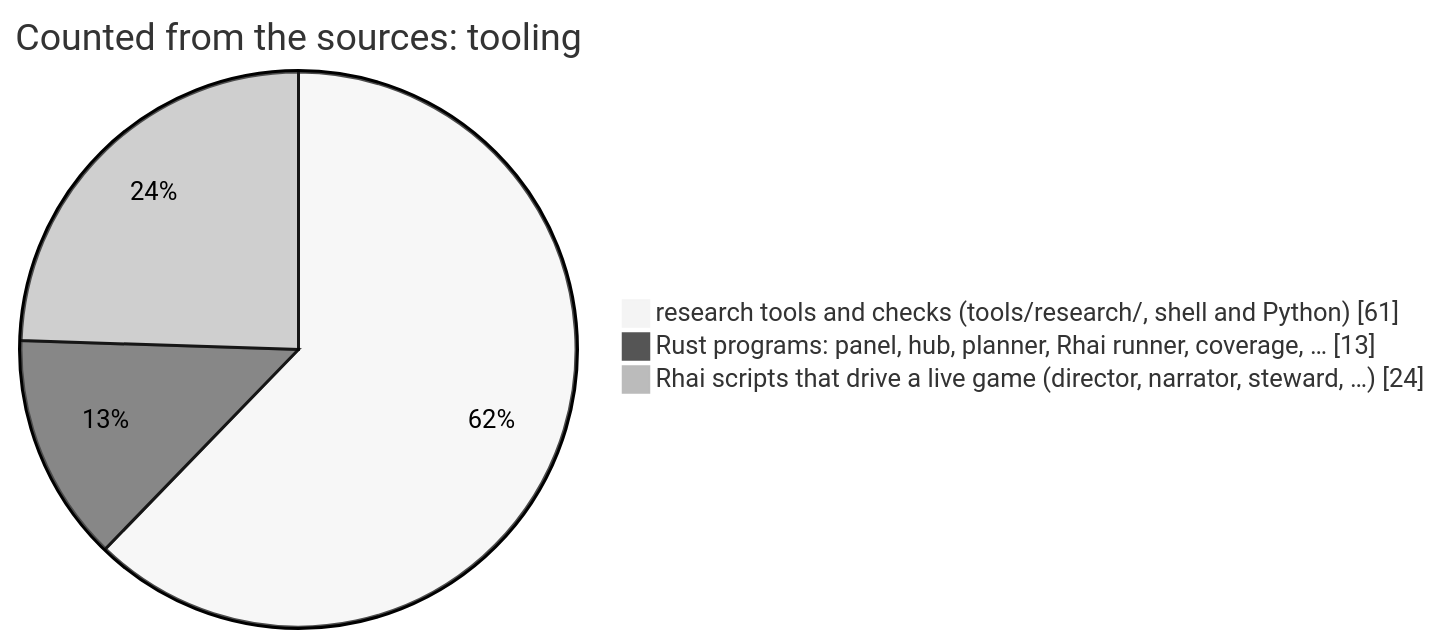
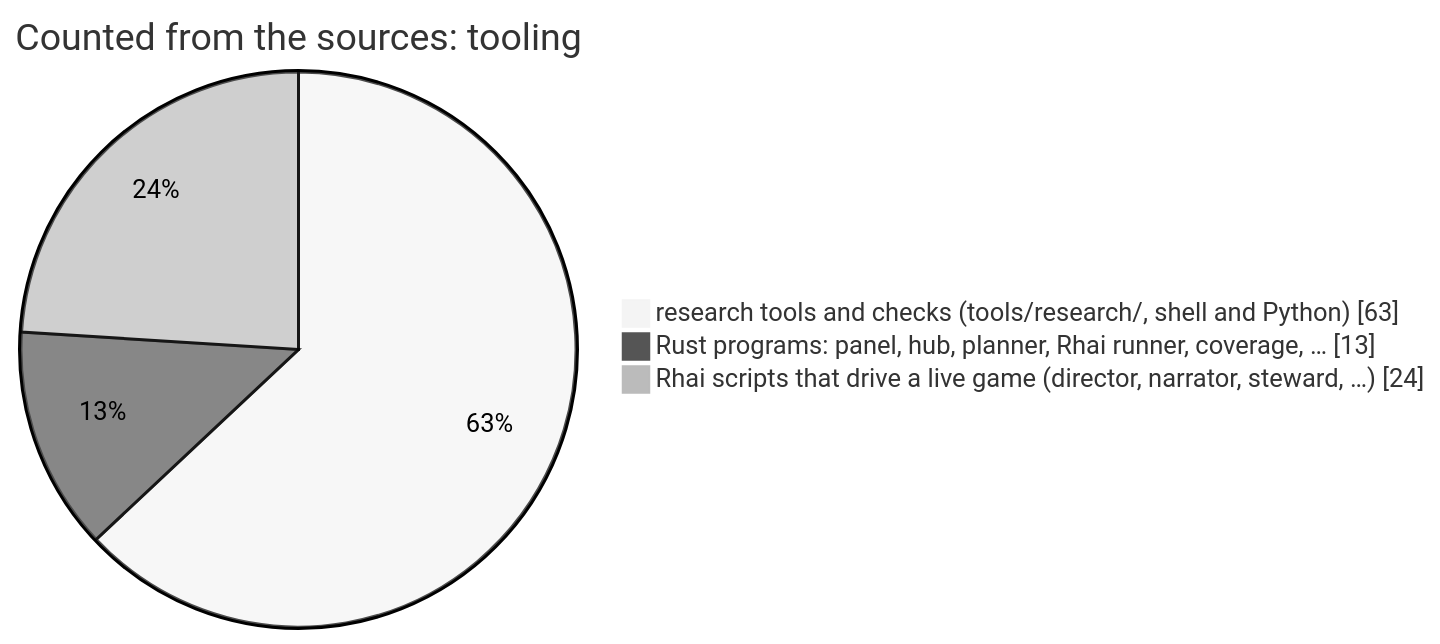
Before and after one commit to korczis/OpenTTD: the seventh of 12 diagrams in README.md, drawn with Mermaid (neutral theme). The commit also changed other lines of this file and 7 other files, not shown here.

````diff
--- a/README.md
+++ b/README.md
@@ -803,6 +803,6 @@
 ```mermaid
 pie showData title Counted from the sources: tooling
-    "research tools and checks (tools/research/, shell and Python)" : 61
+    "research tools and checks (tools/research/, shell and Python)" : 63
     "Rust programs: panel, hub, planner, Rhai runner, coverage, …" : 13
     "Rhai scripts that drive a live game (director, narrator, steward, …)" : 24
 ```
````
